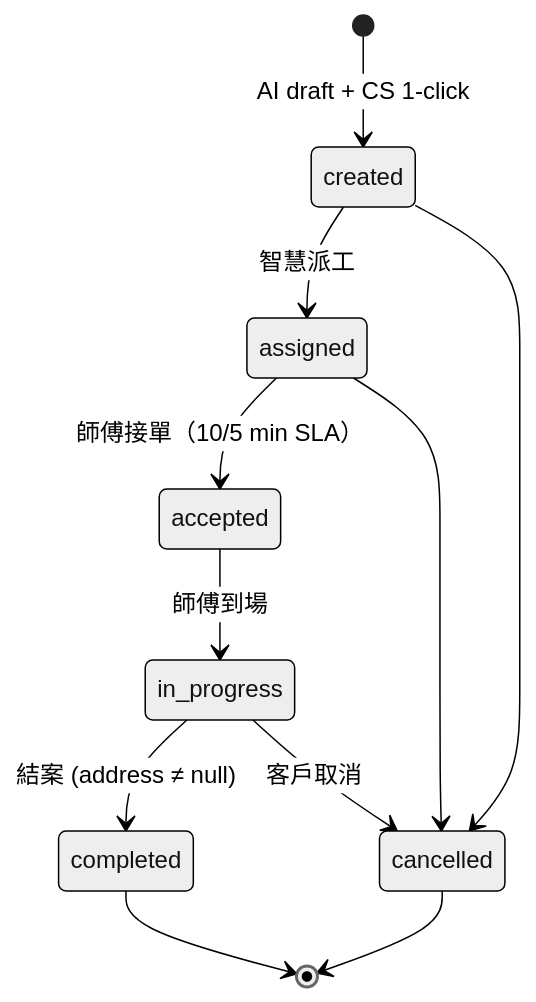
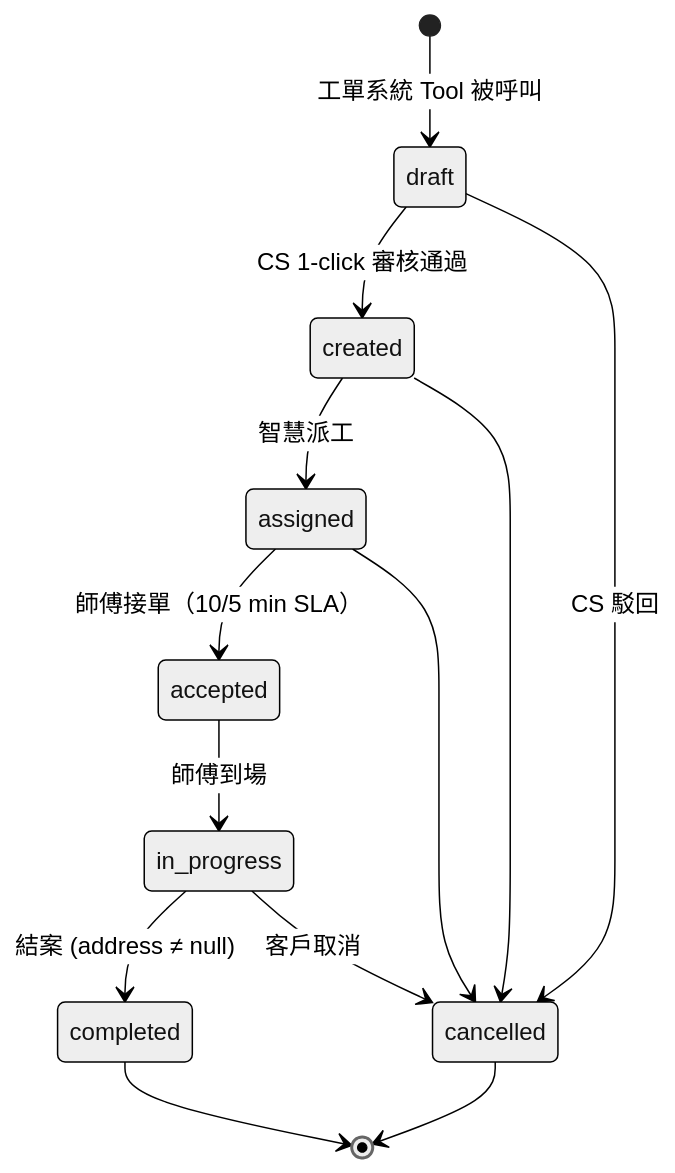
One commit to Zenobia000/chatlock_dev_docs changed the fourth of 7 diagrams in docs/analysis/system-spec-smart-lock-saas.md. Above: the diagram before and after it, drawn with Mermaid (neutral theme). The commit also changed other lines of this file and 4 other files, not shown here.

First line of the commit message:
fix(s1-flow): bypass triage for emergencies, decouple feedback from closure, treat WO as shared tool

````diff
--- a/docs/analysis/system-spec-smart-lock-saas.md
+++ b/docs/analysis/system-spec-smart-lock-saas.md
@@ -96,13 +103,15 @@
 ```mermaid
 stateDiagram-v2
-    [*] --> created : AI draft + CS 1-click
+    [*] --> draft : 工單系統 Tool 被呼叫
+    draft --> created : CS 1-click 審核通過
+    draft --> cancelled : CS 駁回
     created --> assigned : 智慧派工
     assigned --> accepted : 師傅接單（10/5 min SLA）
     accepted --> in_progress : 師傅到場
     in_progress --> completed : 結案 (address ≠ null)
     in_progress --> cancelled : 客戶取消
     created --> cancelled
     assigned --> cancelled
     completed --> [*]
     cancelled --> [*]
 ```
````
